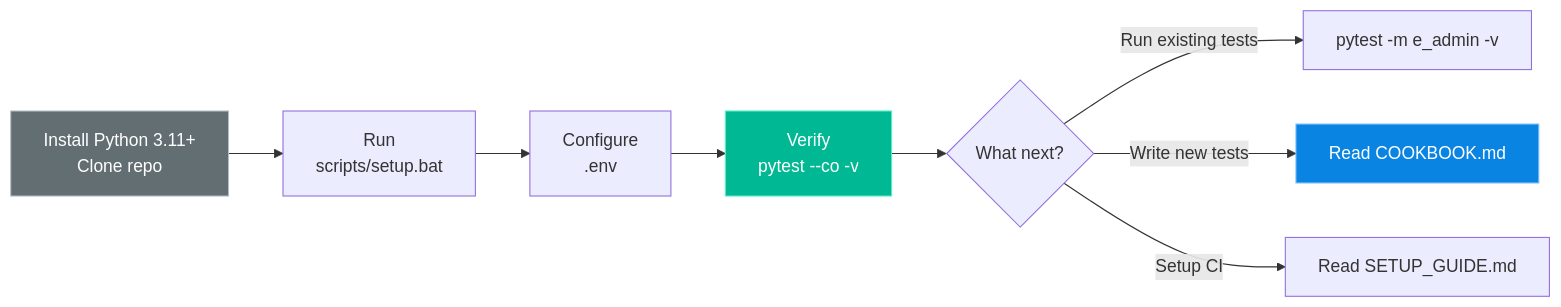
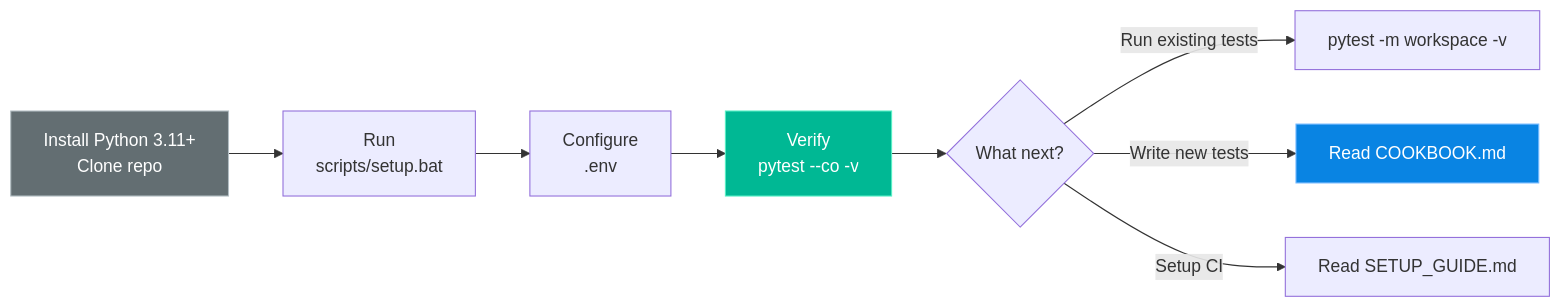
One commit to mikbalt/E2E_Test_Framework changed diagram 12 of 12 in docs/INTRODUCTION.md. Above: the diagram before and after it, drawn with Mermaid. The commit also changed other lines of this file and 216 other files, not shown here.

````diff
--- a/docs/INTRODUCTION.md
+++ b/docs/INTRODUCTION.md
@@ -730,14 +730,14 @@
 ```mermaid
 flowchart LR
     A["Install Python 3.11+<br/>Clone repo"] --> B["Run<br/>scripts/setup.bat"]
     B --> C["Configure<br/>.env"]
     C --> D["Verify<br/>pytest --co -v"]
     D --> E{"What next?"}
-    E -->|"Run existing tests"| F["pytest -m e_admin -v"]
+    E -->|"Run existing tests"| F["pytest -m workspace -v"]
     E -->|"Write new tests"| G["Read COOKBOOK.md"]
     E -->|"Setup CI"| H["Read SETUP_GUIDE.md"]
 
     style A fill:#636e72,stroke:#b2bec3,color:#ffffff
     style D fill:#00b894,stroke:#55efc4,color:#ffffff
     style G fill:#0984e3,stroke:#74b9ff,color:#ffffff
 ```
````
